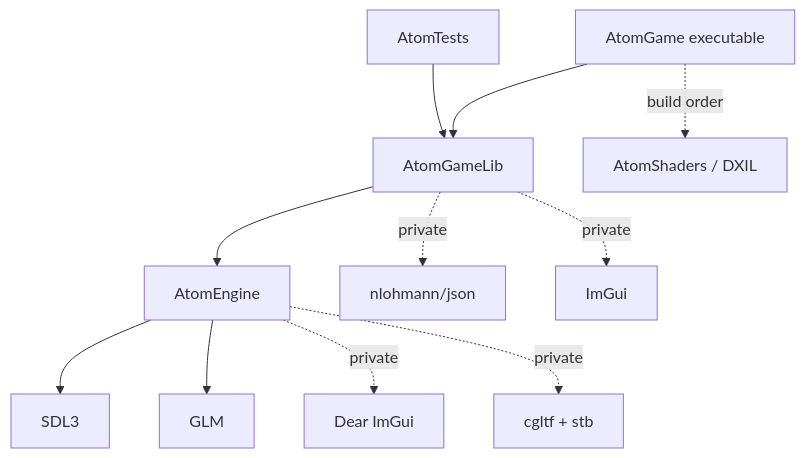
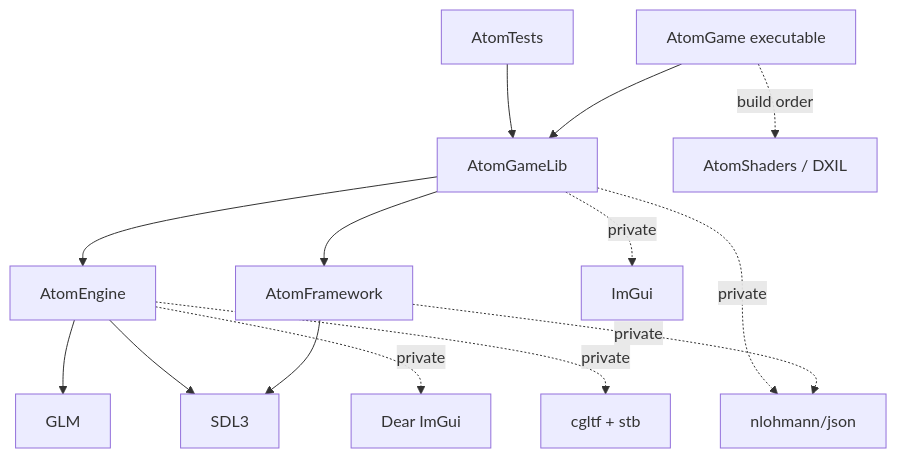
One commit to fgdoliveira/AtomEngine changed the first of 6 diagrams in docs/Architecture.md. Above: the diagram before and after it, drawn with Mermaid. The commit also changed other lines of this file and 18 other files, not shown here.

````diff
--- a/docs/Architecture.md
+++ b/docs/Architecture.md
@@ -15,13 +17,16 @@
 ```mermaid
 graph TD
     Exe[AtomGame executable] --> Game[AtomGameLib]
     Tests[AtomTests] --> Game
     Game --> Engine[AtomEngine]
+    Game --> Framework[AtomFramework]
+    Framework --> SDL
+    Framework -.->|private| JSON
     Game -.->|private| JSON[nlohmann/json]
     Game -.->|private| ImGui
     Engine --> SDL[SDL3]
     Engine --> GLM
     Engine -.->|private| ImGuiE[Dear ImGui]
     Engine -.->|private| CGLTF[cgltf + stb]
     Exe -.->|build order| Shaders[AtomShaders / DXIL]
 ```
````
